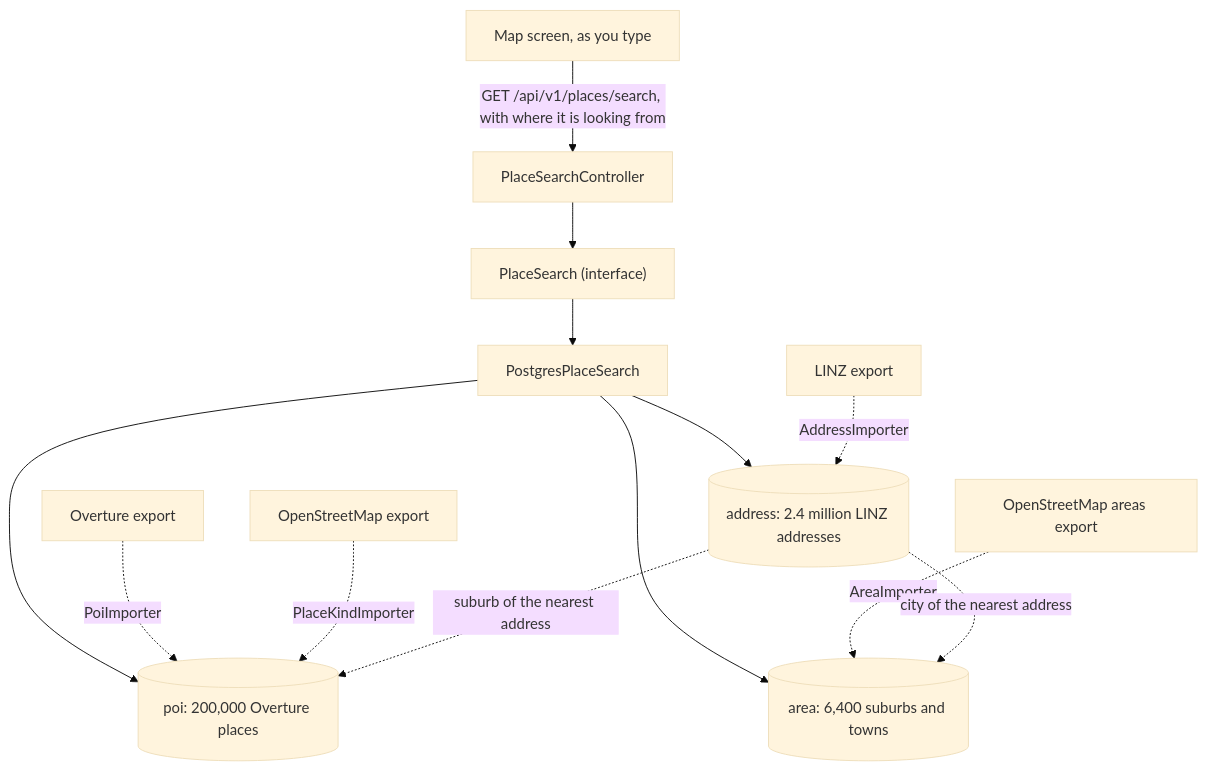
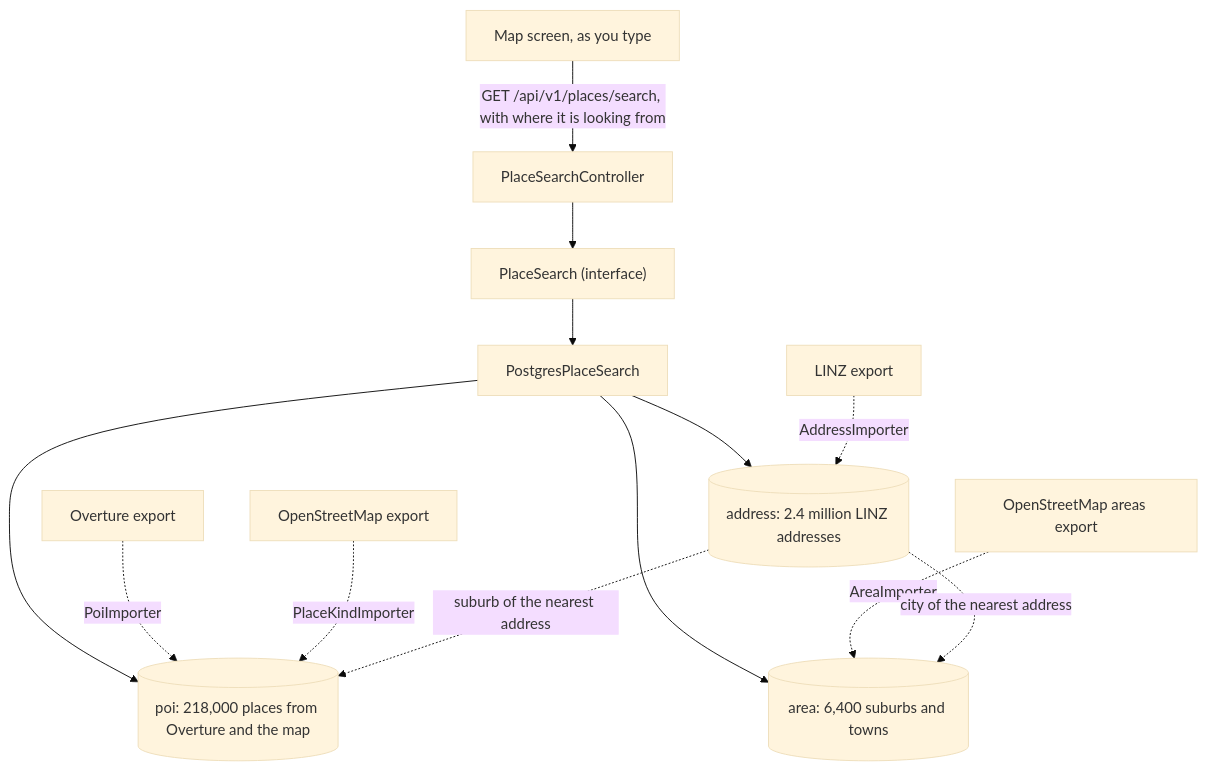
Before and after one commit to gerald-guledew/multi-stop-route-planner: the second of 3 diagrams in docs/architecture.md, drawn with Mermaid (base theme). The commit also changed other lines of this file and 3 other files, not shown here.

````diff
--- a/docs/architecture.md
+++ b/docs/architecture.md
@@ -70,15 +70,15 @@
 ```mermaid
 flowchart TD
     Screen["Map screen, as you type"] -->|"GET /api/v1/places/search, with where it is looking from"| SearchController[PlaceSearchController]
     SearchController --> PlaceSearch["PlaceSearch (interface)"]
     PlaceSearch --> Postgres[PostgresPlaceSearch]
     Postgres --> Address[("address: 2.4 million LINZ addresses")]
-    Postgres --> Poi[("poi: 200,000 Overture places")]
+    Postgres --> Poi[("poi: 218,000 places from Overture and the map")]
     Postgres --> Area[("area: 6,400 suburbs and towns")]
     Linz["LINZ export"] -.->|AddressImporter| Address
     Overture["Overture export"] -.->|PoiImporter| Poi
     Map["OpenStreetMap export"] -.->|PlaceKindImporter| Poi
     Areas["OpenStreetMap areas export"] -.->|AreaImporter| Area
     Address -.->|"suburb of the nearest address"| Poi
     Address -.->|"city of the nearest address"| Area
 ```
````
